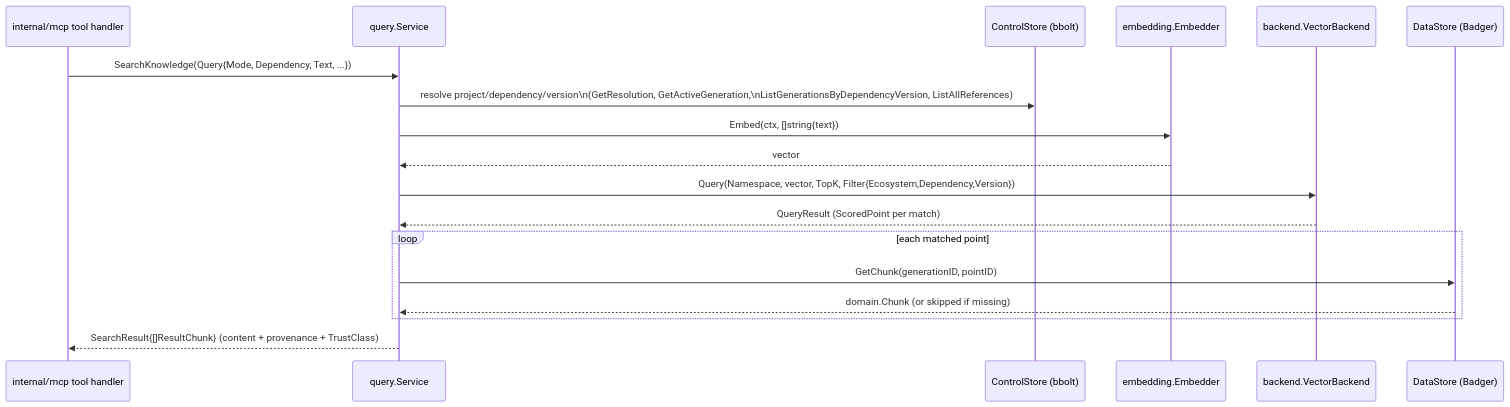
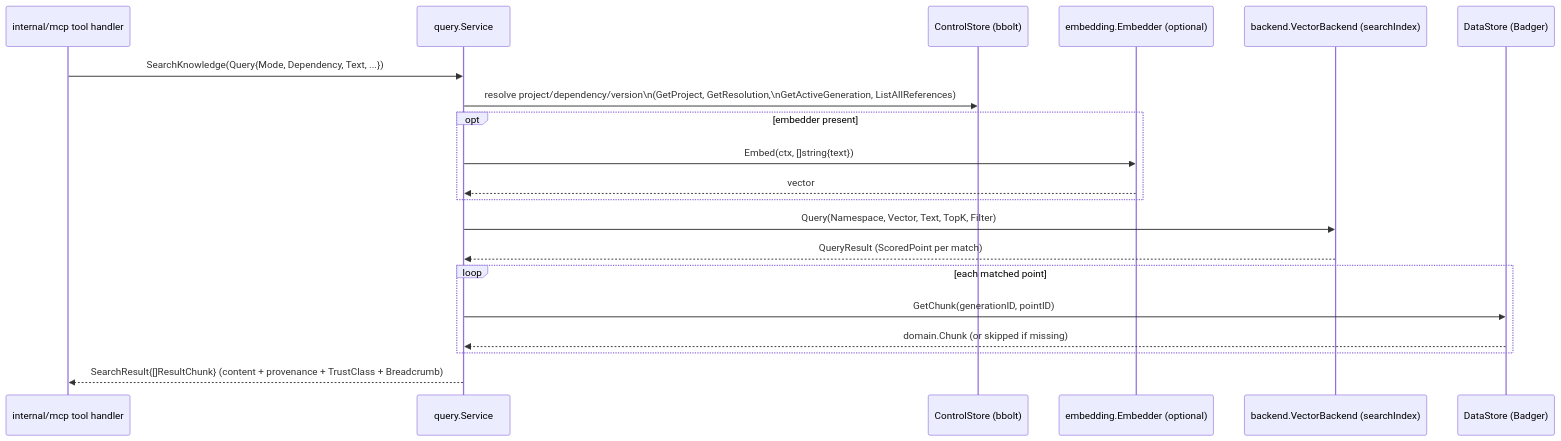
The diagram in docs/internal/query.md (aleutian-ai/depctl), drawn with Mermaid before and after one commit. The commit also changed other lines of this file and 114 other files, not shown here.

Commit message:
v0.3.1: per-generation layout shrinks keyword.db ~4x and vectors.db ~2.5x (auto-converted); scope latest/all-retained search to the active build; docs pass at package, project and repo level

````diff
--- a/docs/internal/query.md
+++ b/docs/internal/query.md
@@ -28,21 +31,23 @@
 ```mermaid
 sequenceDiagram
     participant MCP as internal/mcp tool handler
     participant Svc as query.Service
     participant Bbolt as ControlStore (bbolt)
-    participant Embed as embedding.Embedder
-    participant VB as backend.VectorBackend
+    participant Embed as embedding.Embedder (optional)
+    participant VB as backend.VectorBackend (searchIndex)
     participant Badger as DataStore (Badger)
 
     MCP->>Svc: SearchKnowledge(Query{Mode, Dependency, Text, ...})
-    Svc->>Bbolt: resolve project/dependency/version\n(GetResolution, GetActiveGeneration,\nListGenerationsByDependencyVersion, ListAllReferences)
-    Svc->>Embed: Embed(ctx, []string{text})
-    Embed-->>Svc: vector
-    Svc->>VB: Query(Namespace, vector, TopK, Filter{Ecosystem,Dependency,Version})
+    Svc->>Bbolt: resolve project/dependency/version\n(GetProject, GetResolution,\nGetActiveGeneration, ListAllReferences)
+    opt embedder present
+        Svc->>Embed: Embed(ctx, []string{text})
+        Embed-->>Svc: vector
+    end
+    Svc->>VB: Query(Namespace, Vector, Text, TopK, Filter)
     VB-->>Svc: QueryResult (ScoredPoint per match)
     loop each matched point
         Svc->>Badger: GetChunk(generationID, pointID)
         Badger-->>Svc: domain.Chunk (or skipped if missing)
     end
-    Svc-->>MCP: SearchResult{[]ResultChunk} (content + provenance + TrustClass)
+    Svc-->>MCP: SearchResult{[]ResultChunk} (content + provenance + TrustClass + Breadcrumb)
 ```
````
